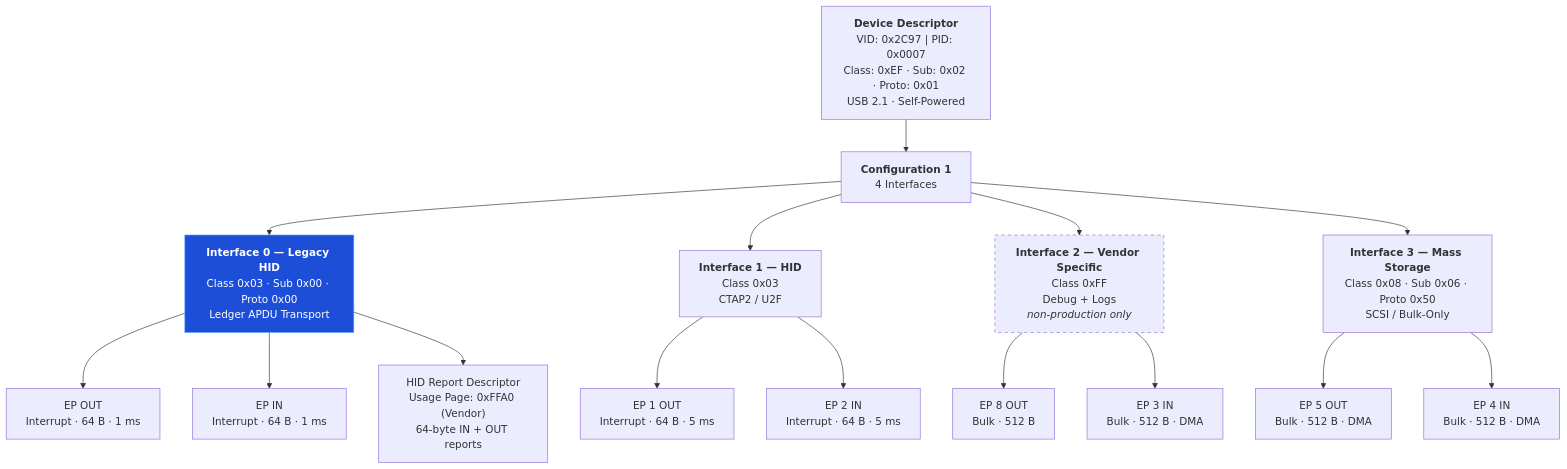
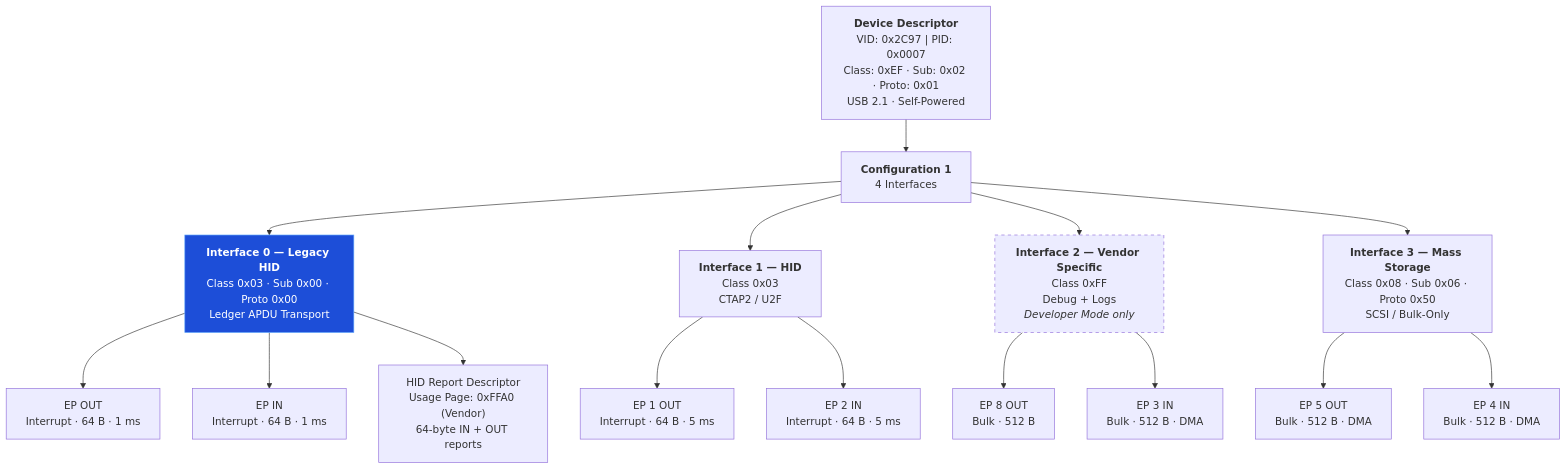
Before and after one commit to Foundation-Devices/KeyOS: the second of 4 diagrams in docs/usb-architecture.md, drawn with Mermaid. The commit also changed other lines of this file and 70 other files, not shown here.

First line of the commit message:
Enable developer-mode USB debugging and app sideloading

````diff
--- a/docs/usb-architecture.md
+++ b/docs/usb-architecture.md
@@ -66,43 +70,43 @@
 ```mermaid
 graph TD
     DEV2["<b>Device Descriptor</b><br/>VID: 0x2C97 | PID: 0x0007<br/>Class: 0xEF · Sub: 0x02 · Proto: 0x01<br/>USB 2.1 · Self-Powered"]
     CFG2["<b>Configuration 1</b><br/>4 Interfaces"]
 
     DEV2 --> CFG2
 
     LIF0["<b>Interface 0 — Legacy HID</b><br/>Class 0x03 · Sub 0x00 · Proto 0x00<br/>Ledger APDU Transport"]
     LIF1["<b>Interface 1 — HID</b><br/>Class 0x03<br/>CTAP2 / U2F"]
-    LIF2["<b>Interface 2 — Vendor Specific</b><br/>Class 0xFF<br/>Debug + Logs<br/><i>non-production only</i>"]
+    LIF2["<b>Interface 2 — Vendor Specific</b><br/>Class 0xFF<br/>Debug + Logs<br/><i>Developer Mode only</i>"]
     LIF3["<b>Interface 3 — Mass Storage</b><br/>Class 0x08 · Sub 0x06 · Proto 0x50<br/>SCSI / Bulk-Only"]
 
     CFG2 --> LIF0
     CFG2 --> LIF1
     CFG2 --> LIF2
     CFG2 --> LIF3
 
     LEP_OUT["EP OUT<br/>Interrupt · 64 B · 1 ms"]
     LEP_IN["EP IN<br/>Interrupt · 64 B · 1 ms"]
     LIF0 --> LEP_OUT
     LIF0 --> LEP_IN
 
     LHID["HID Report Descriptor<br/>Usage Page: 0xFFA0 (Vendor)<br/>64-byte IN + OUT reports"]
     LIF0 --> LHID
 
     LEP1O["EP 1 OUT<br/>Interrupt · 64 B · 5 ms"]
     LEP2I["EP 2 IN<br/>Interrupt · 64 B · 5 ms"]
     LIF1 --> LEP1O
     LIF1 --> LEP2I
 
     LEP8O["EP 8 OUT<br/>Bulk · 512 B"]
     LEP3I["EP 3 IN<br/>Bulk · 512 B · DMA"]
     LIF2 --> LEP8O
     LIF2 --> LEP3I
 
     LEP5O["EP 5 OUT<br/>Bulk · 512 B · DMA"]
     LEP4I["EP 4 IN<br/>Bulk · 512 B · DMA"]
     LIF3 --> LEP5O
     LIF3 --> LEP4I
 
     style LIF2 stroke-dasharray: 5 5
     style LIF0 fill:#1d4ed8,stroke:#60a5fa,color:#fff
 ```
````
